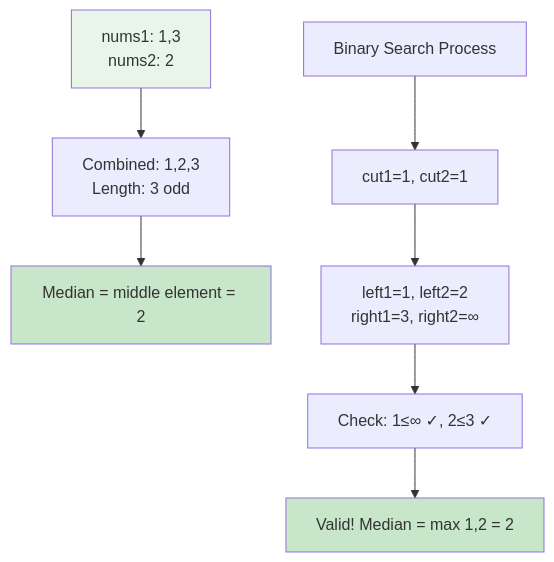
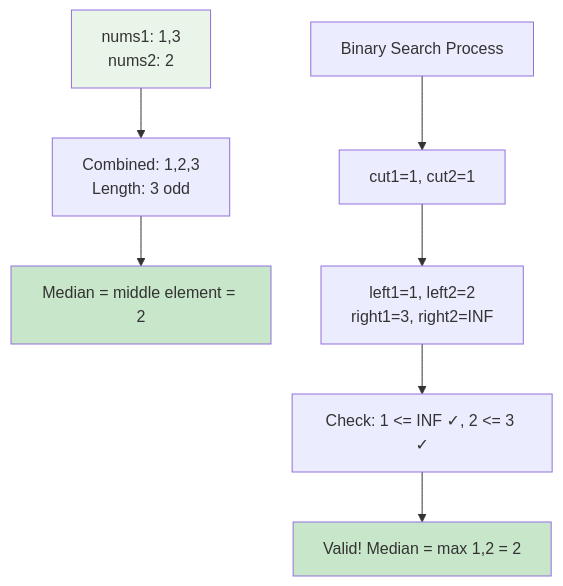
Before and after one commit to LuckyLongre123/DSA_CPP: the fifth of 19 diagrams in Day_043/README.md, drawn with Mermaid. The commit also changed other lines of this file, not shown here.

````diff
--- a/Day_043/README.md
+++ b/Day_043/README.md
@@ -139,14 +139,14 @@
 ```mermaid
 graph TD
     A[nums1: 1,3<br/>nums2: 2] --> B[Combined: 1,2,3<br/>Length: 3 odd]
     B --> C[Median = middle element = 2]
     
     D[Binary Search Process] --> E[cut1=1, cut2=1]
-    E --> F[left1=1, left2=2<br/>right1=3, right2=∞]
-    F --> G[Check: 1≤∞ ✓, 2≤3 ✓]
+    E --> F[left1=1, left2=2<br/>right1=3, right2=INF]
+    F --> G[Check: 1 <= INF ✓, 2 <= 3 ✓]
     G --> H[Valid! Median = max 1,2 = 2]
     
     style A fill:#e8f5e8
     style C fill:#c8e6c9
     style H fill:#c8e6c9
 ```
````
